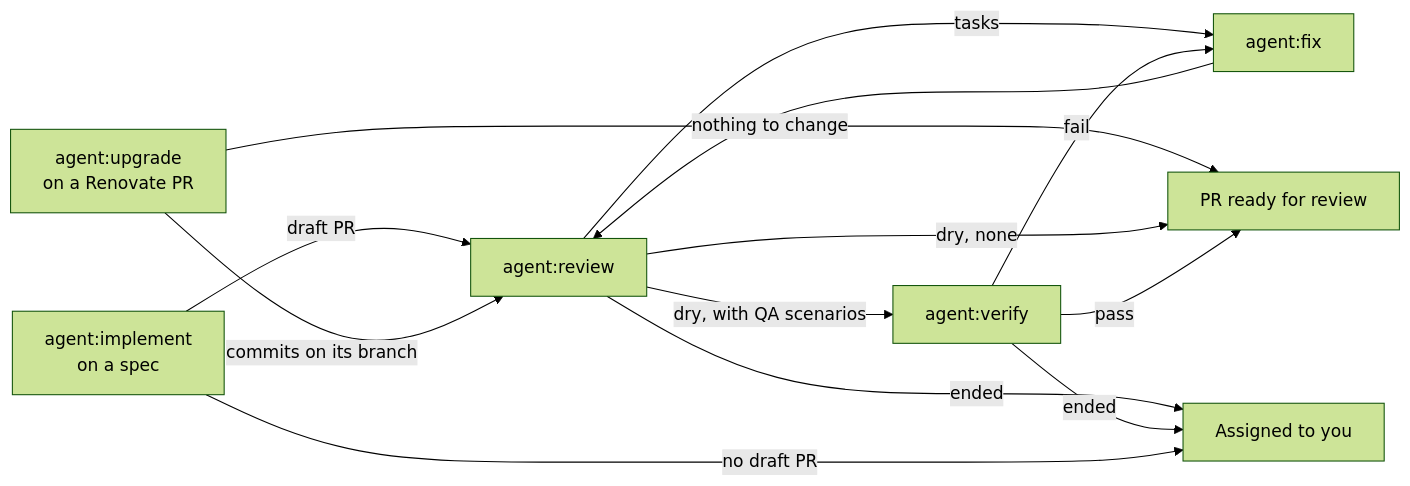
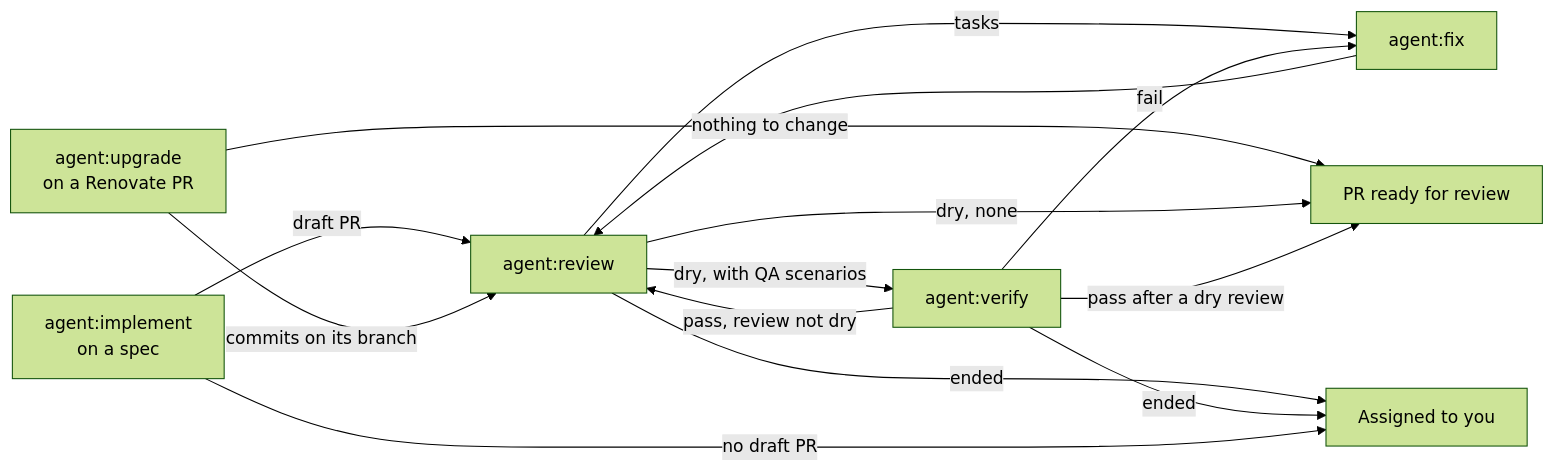
The second of 2 diagrams in apps/software-factory/README.md (jd-solanki/ai), drawn with Mermaid (forest theme) before and after one commit. The commit also changed 2 other files, not shown here.

Commit message:
fix(software-factory): mark a QA pass ready only after a dry review

````diff
--- a/apps/software-factory/README.md
+++ b/apps/software-factory/README.md
@@ -209,14 +209,15 @@
 ```mermaid
 flowchart LR
   I["agent:implement<br/>on a spec"] -->|"draft PR"| R["agent:review"]
   A["agent:upgrade<br/>on a Renovate PR"] -->|"commits on its branch"| R
   A -->|"nothing to change"| D
   R -->|"tasks"| X["agent:fix"] --> R
   R -->|"dry, with QA scenarios"| V["agent:verify"]
   R -->|"dry, none"| D["PR ready for review"]
-  V -->|"pass"| D
+  V -->|"pass after a dry review"| D
+  V -->|"pass, review not dry"| R
   V -->|"fail"| X
   R -->|"ended"| H["Assigned to you"]
   V -->|"ended"| H
   I -->|"no draft PR"| H
 ```
````
